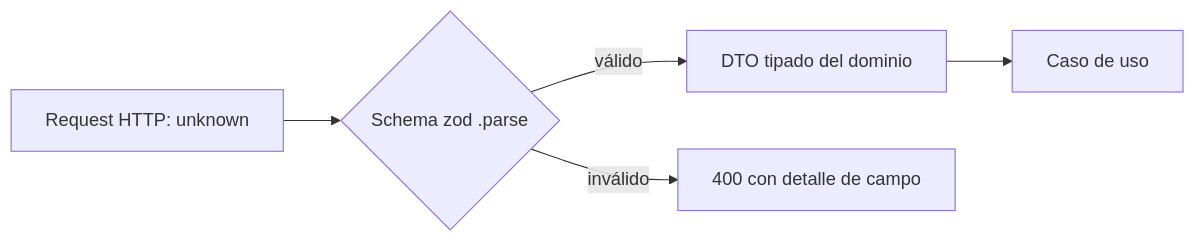
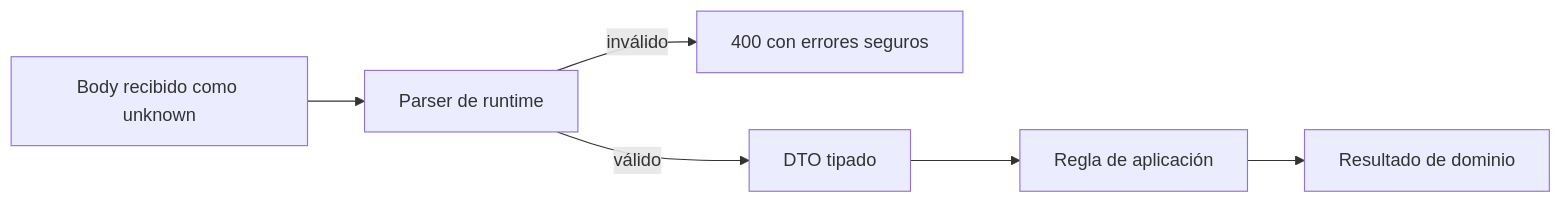
Before and after one commit to NICORUIZ93/The_Imperial_Book: the first of 5 diagrams in web/public/content/node/modulo-13.md, drawn with Mermaid. The commit also changed other lines of this file and 33 other files, not shown here.

````diff
--- a/web/public/content/node/modulo-13.md
+++ b/web/public/content/node/modulo-13.md
@@ -75,7 +187,8 @@
 ```mermaid
 flowchart LR
-    A[Request HTTP: unknown] --> B{Schema zod .parse}
-    B -->|válido| C[DTO tipado del dominio]
-    B -->|inválido| D[400 con detalle de campo]
-    C --> E[Caso de uso]
+  Raw[Body recibido como unknown] --> Parse[Parser de runtime]
+  Parse -->|inválido| Bad[400 con errores seguros]
+  Parse -->|válido| DTO[DTO tipado]
+  DTO --> UseCase[Regla de aplicación]
+  UseCase --> Result[Resultado de dominio]
 ```
````
